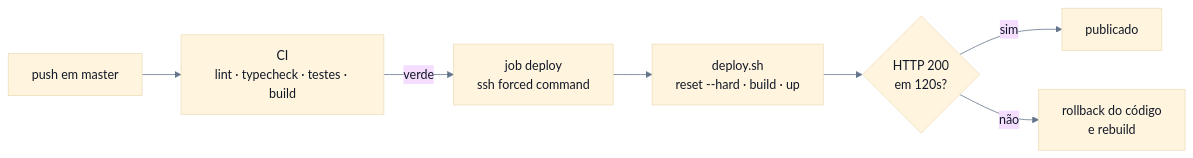
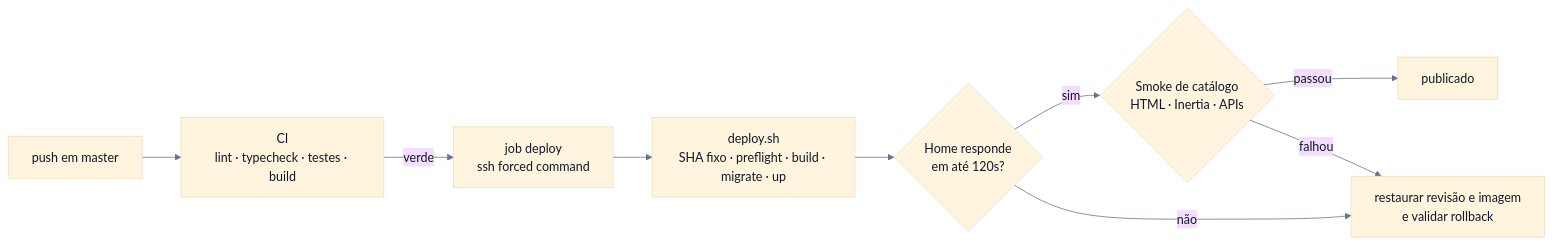
One commit to gabrielmaialva33/experimente-plus changed the second of 2 diagrams in README.md. Above: the diagram before and after it, drawn with Mermaid. The commit also changed other lines of this file and 54 other files, not shown here.

````diff
--- a/README.md
+++ b/README.md
@@ -247,14 +248,16 @@
 ```mermaid
 %%{init: {'theme': 'base', 'themeVariables': {
   'fontFamily': 'ui-monospace, SFMono-Regular, Menlo, Consolas, monospace',
   'lineColor': '#64748b',
   'primaryTextColor': '#111827'
 }}}%%
 flowchart LR
     Push["push em master"] --> CI["CI<br/>lint · typecheck · testes · build"]
     CI -->|verde| Deploy["job deploy<br/>ssh forced command"]
-    Deploy --> Script["deploy.sh<br/>reset --hard · build · up"]
-    Script --> Health{"HTTP 200<br/>em 120s?"}
-    Health -->|sim| Ok["publicado"]
-    Health -->|não| Back["rollback do código<br/>e rebuild"]
+    Deploy --> Script["deploy.sh<br/>SHA fixo · preflight · build · migrate · up"]
+    Script --> Ready{"Home responde<br/>em até 120s?"}
+    Ready -->|sim| Catalog{"Smoke de catálogo<br/>HTML · Inertia · APIs"}
+    Catalog -->|passou| Ok["publicado"]
+    Ready -->|não| Back["restaurar revisão e imagem<br/>e validar rollback"]
+    Catalog -->|falhou| Back
 ```
````
